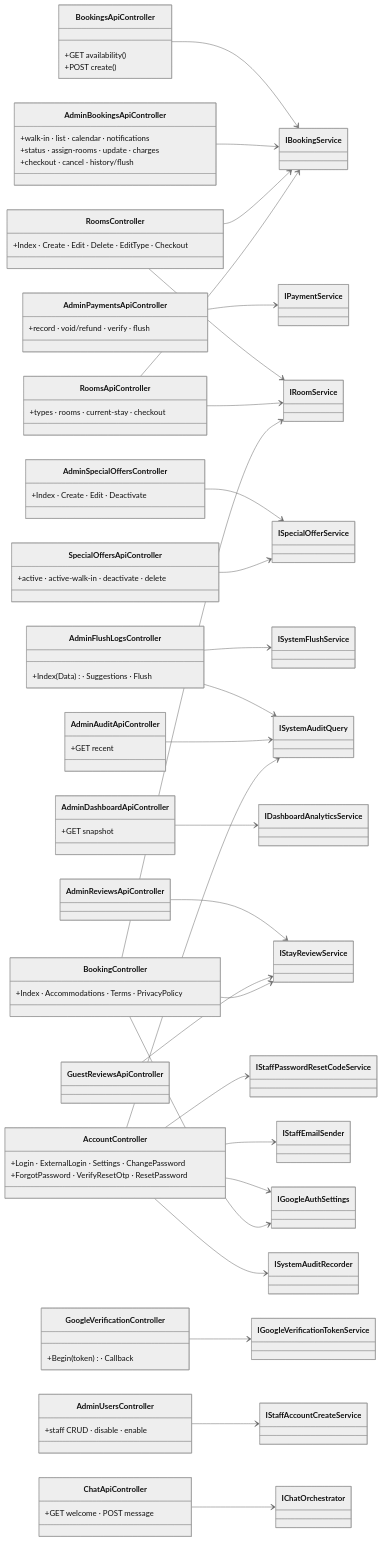
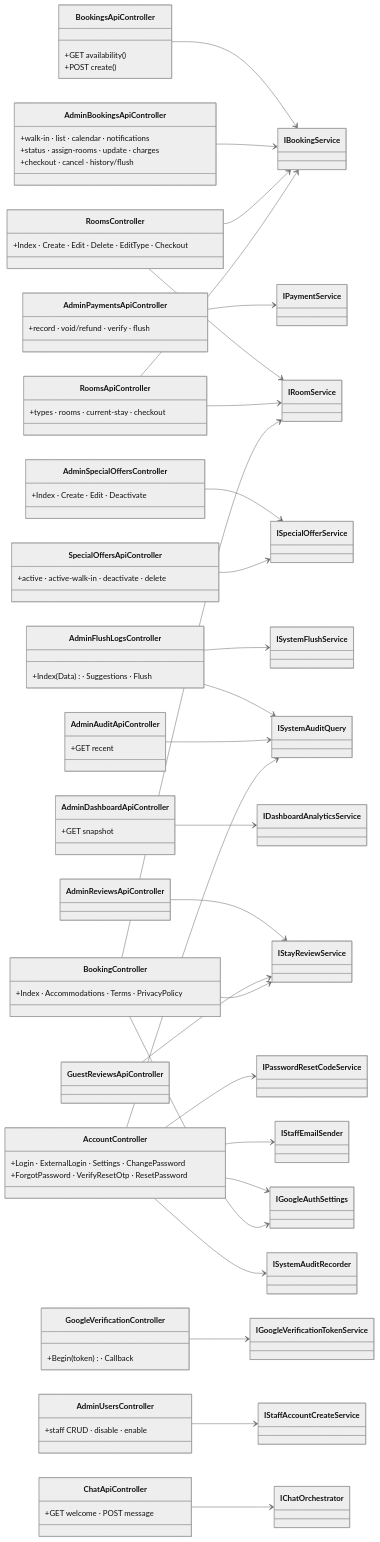
One commit to Syndem24/DemoTest changed the third of 4 diagrams in TestingDemo/System-Class-Model.md. Above: the diagram before and after it, drawn with Mermaid (neutral theme). The commit also changed other lines of this file and 43 other files, not shown here.

```diff
--- a/TestingDemo/System-Class-Model.md
+++ b/TestingDemo/System-Class-Model.md
@@ -1071,7 +1071,7 @@
     AdminDashboardApiController --> IDashboardAnalyticsService
     AdminReviewsApiController --> IStayReviewService
     GuestReviewsApiController --> IStayReviewService
-    AccountController --> IStaffPasswordResetCodeService
+    AccountController --> IPasswordResetCodeService
     AccountController --> IStaffEmailSender
     AccountController --> IGoogleAuthSettings
     AccountController --> ISystemAuditRecorder
```
